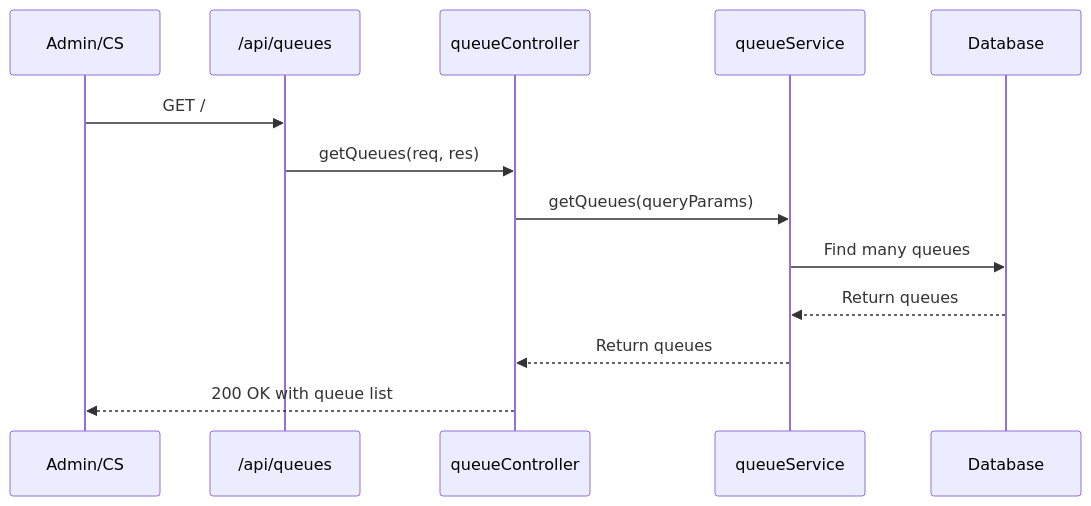
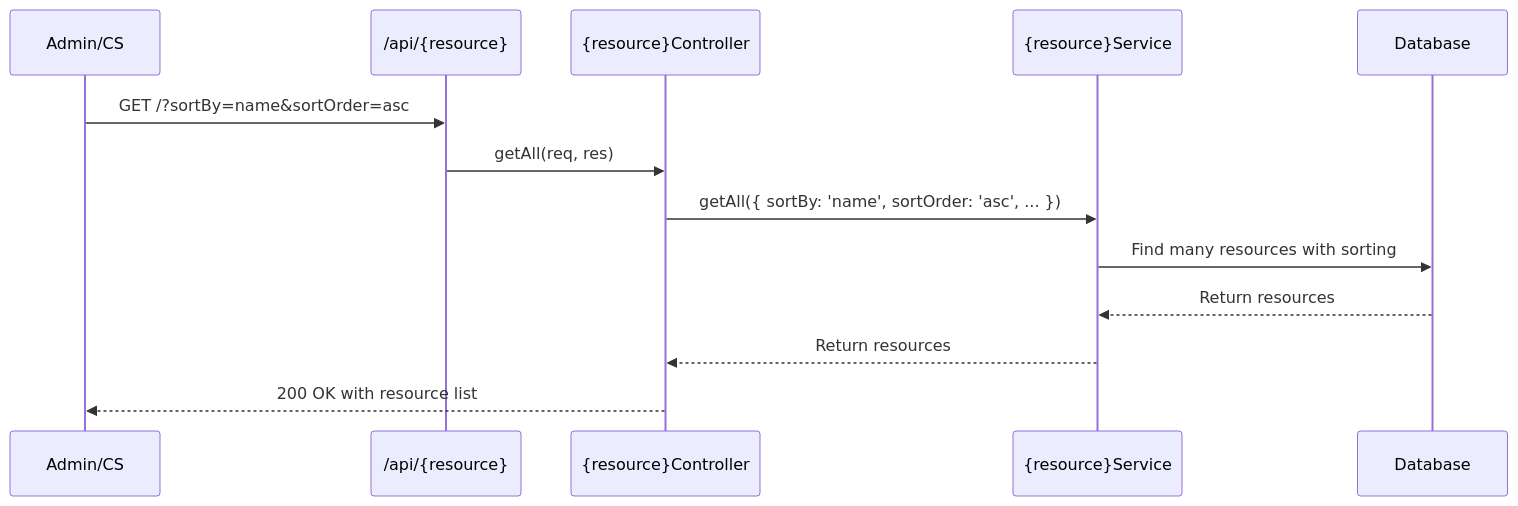
Before and after one commit to syauqiahmd/node_queue_v1: the first of 4 diagrams in UML.md, drawn with Mermaid. The commit also changed other lines of this file and 17 other files, not shown here.

Commit message:
feat: add sorting functionality to getAll endpoints and update API documentation

````diff
--- a/UML.md
+++ b/UML.md
@@ -6,16 +7,16 @@
 ```mermaid
 sequenceDiagram
     participant User as Admin/CS
-    participant Routes as /api/queues
-    participant Controller as queueController
-    participant Service as queueService
+    participant Routes as /api/{resource}
+    participant Controller as {resource}Controller
+    participant Service as {resource}Service
     participant DB as Database
 
-    User->>Routes: GET /
-    Routes->>Controller: getQueues(req, res)
-    Controller->>Service: getQueues(queryParams)
-    Service->>DB: Find many queues
-    DB-->>Service: Return queues
-    Service-->>Controller: Return queues
-    Controller-->>User: 200 OK with queue list
+    User->>Routes: GET /?sortBy=name&sortOrder=asc
+    Routes->>Controller: getAll(req, res)
+    Controller->>Service: getAll({ sortBy: 'name', sortOrder: 'asc', ... })
+    Service->>DB: Find many resources with sorting
+    DB-->>Service: Return resources
+    Service-->>Controller: Return resources
+    Controller-->>User: 200 OK with resource list
 ```
````
